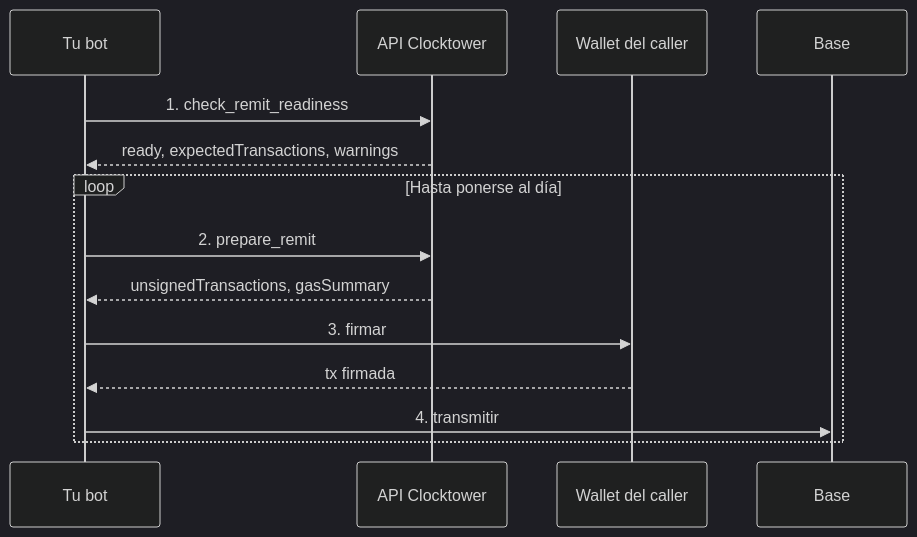
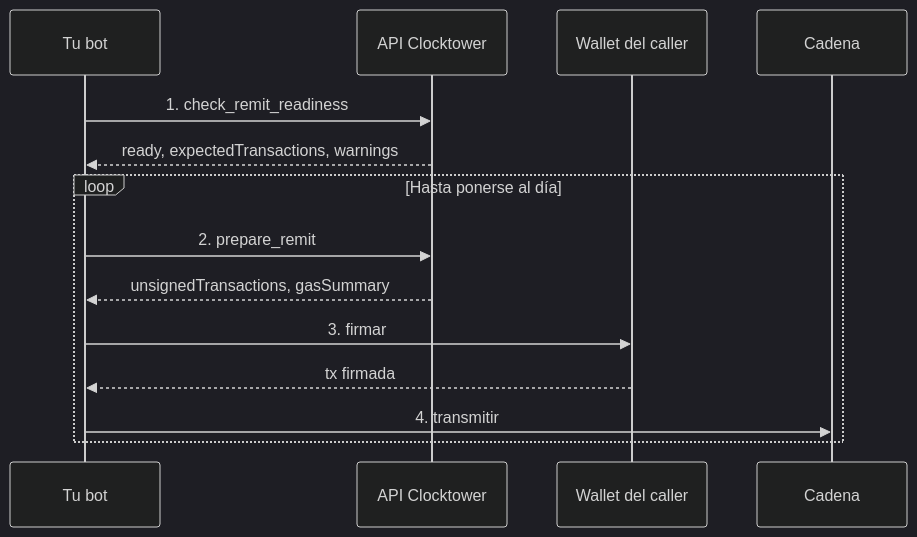
Before and after one commit to clocktower-protocol/clocktower-docs: the diagram in i18n/es/docusaurus-plugin-content-docs/current/developers/05-Workflows/03-remit-caller.mdx, drawn with Mermaid (dark theme). The commit also changed other lines of this file and 32 other files, not shown here.

````diff
--- a/i18n/es/docusaurus-plugin-content-docs/current/developers/05-Workflows/03-remit-caller.mdx
+++ b/i18n/es/docusaurus-plugin-content-docs/current/developers/05-Workflows/03-remit-caller.mdx
@@ -32,17 +32,17 @@
 ```mermaid
 sequenceDiagram
   participant Bot as Tu bot
   participant API as API Clocktower
   participant Wallet as Wallet del caller
-  participant Chain as Base
+  participant Chain as Cadena
 
   Bot->>API: 1. check_remit_readiness
   API-->>Bot: ready, expectedTransactions, warnings
   loop Hasta ponerse al día
     Bot->>API: 2. prepare_remit
     API-->>Bot: unsignedTransactions, gasSummary
     Bot->>Wallet: 3. firmar
     Wallet-->>Bot: tx firmada
     Bot->>Chain: 4. transmitir
   end
 ```
````
